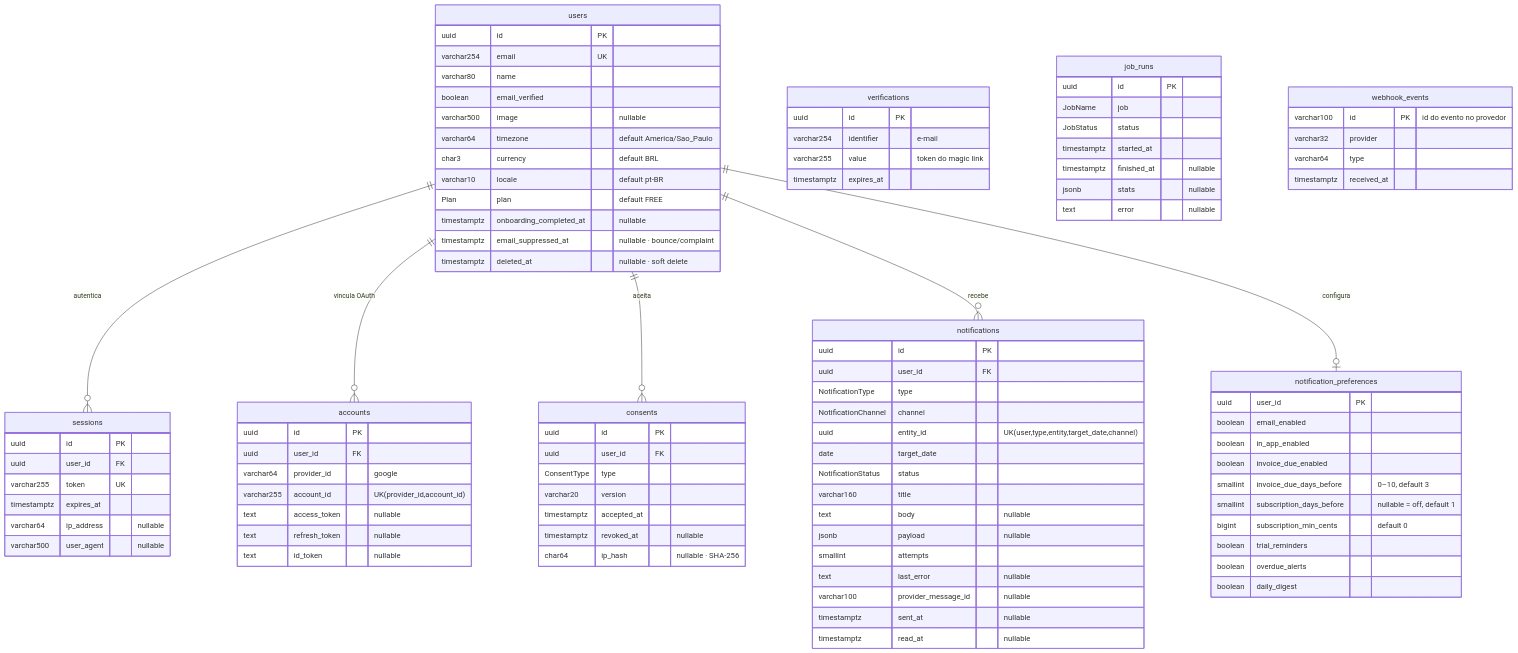
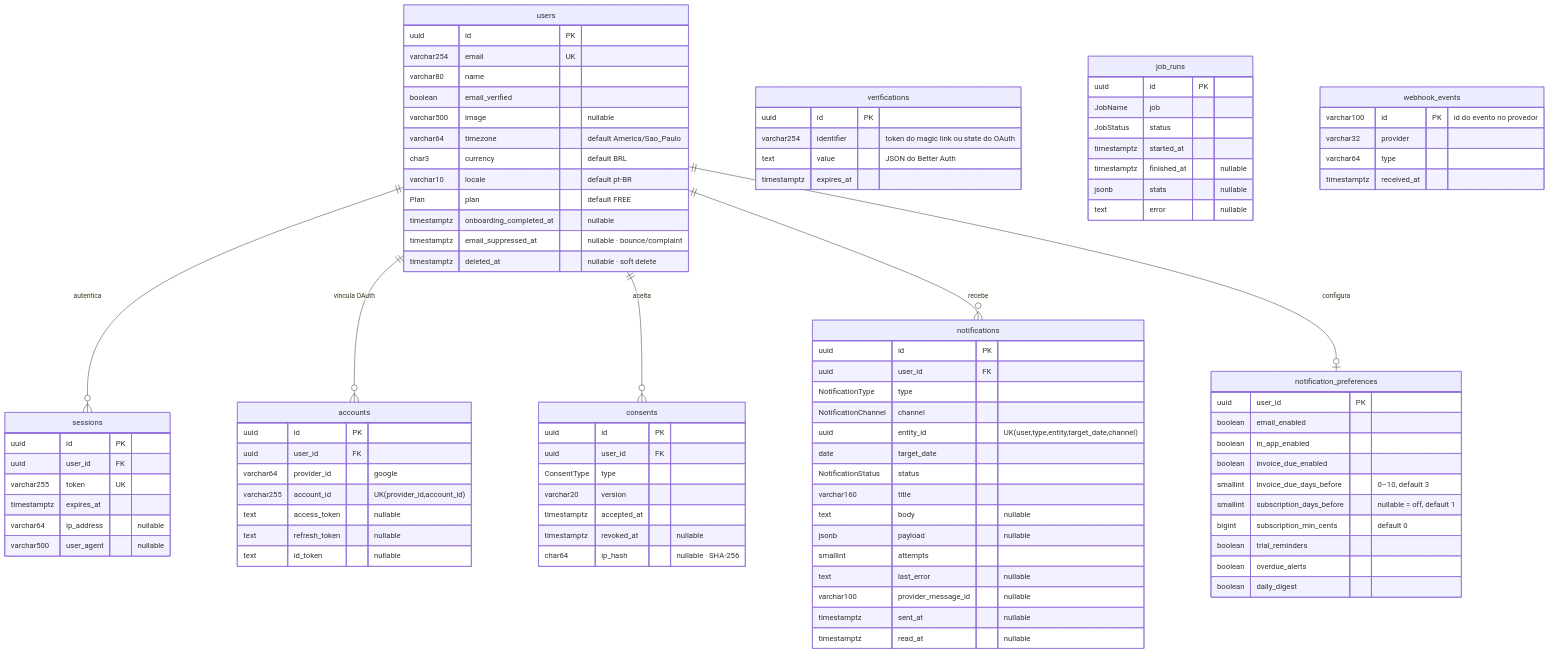
Before and after one commit to 77mdias/finflow: the second of 3 diagrams in docs/DATABASE.md, drawn with Mermaid. The commit also changed 2 other files, not shown here.

Commit message:
fix(db): verifications.value como TEXT para o login com Google
O Better Auth grava JSON em `value` (state do OAuth, e-mail + nome do magic
link), que passa de 255 caracteres. O login com Google falhava sempre com 500
(P2000). Ampliar para TEXT não reescreve a tabela nem perde dados.

```diff
--- a/docs/DATABASE.md
+++ b/docs/DATABASE.md
@@ -203,8 +203,8 @@
     }
     verifications {
         uuid id PK
-        varchar254 identifier "e-mail"
-        varchar255 value "token do magic link"
+        varchar254 identifier "token do magic link ou state do OAuth"
+        text value "JSON do Better Auth"
         timestamptz expires_at
     }
     consents {
```
